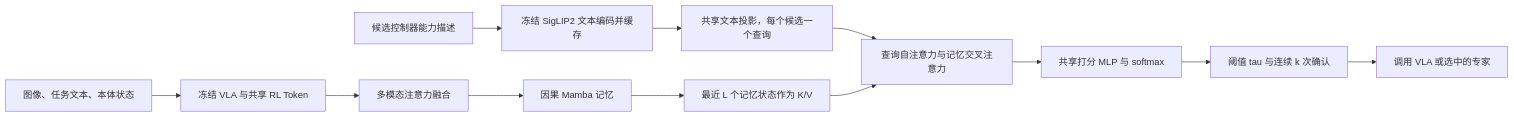
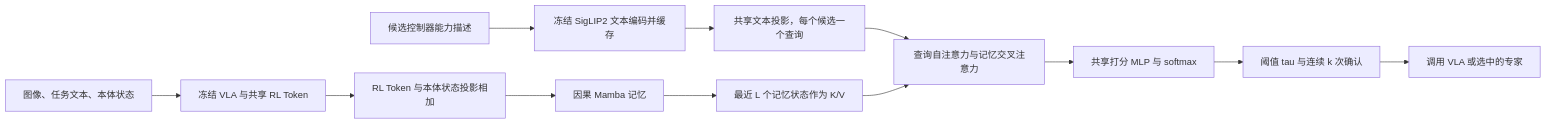
The diagram in README.zh-CN.md (SkylineZ123/MARS), drawn with Mermaid before and after one commit. The commit also changed other lines of this file and 14 other files, not shown here.

````diff
--- a/README.zh-CN.md
+++ b/README.zh-CN.md
@@ -11,14 +11,14 @@
 ```mermaid
 flowchart LR
     O[图像、任务文本、本体状态] --> F[冻结 VLA 与共享 RL Token]
-    F --> M[多模态注意力融合]
+    F --> M[RL Token 与本体状态投影相加]
     M --> S[因果 Mamba 记忆]
     S --> H[最近 L 个记忆状态作为 K/V]
     T[候选控制器能力描述] --> E[冻结 SigLIP2 文本编码并缓存]
     E --> Q[共享文本投影，每个候选一个查询]
     Q --> A[查询自注意力与记忆交叉注意力]
     H --> A
     A --> P[共享打分 MLP 与 softmax]
     P --> W[阈值 tau 与连续 k 次确认]
     W --> C[调用 VLA 或选中的专家]
 ```
````
